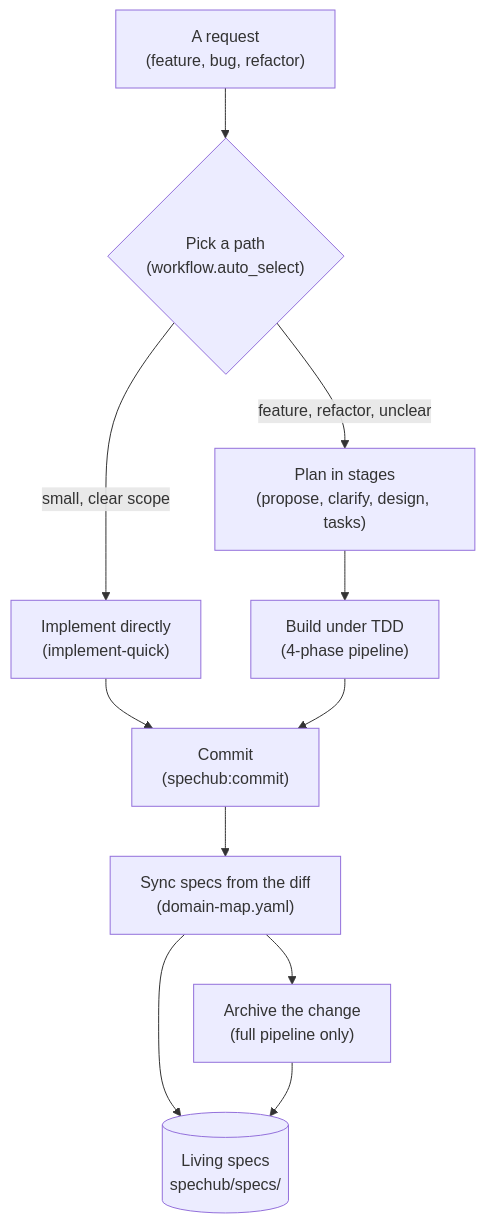
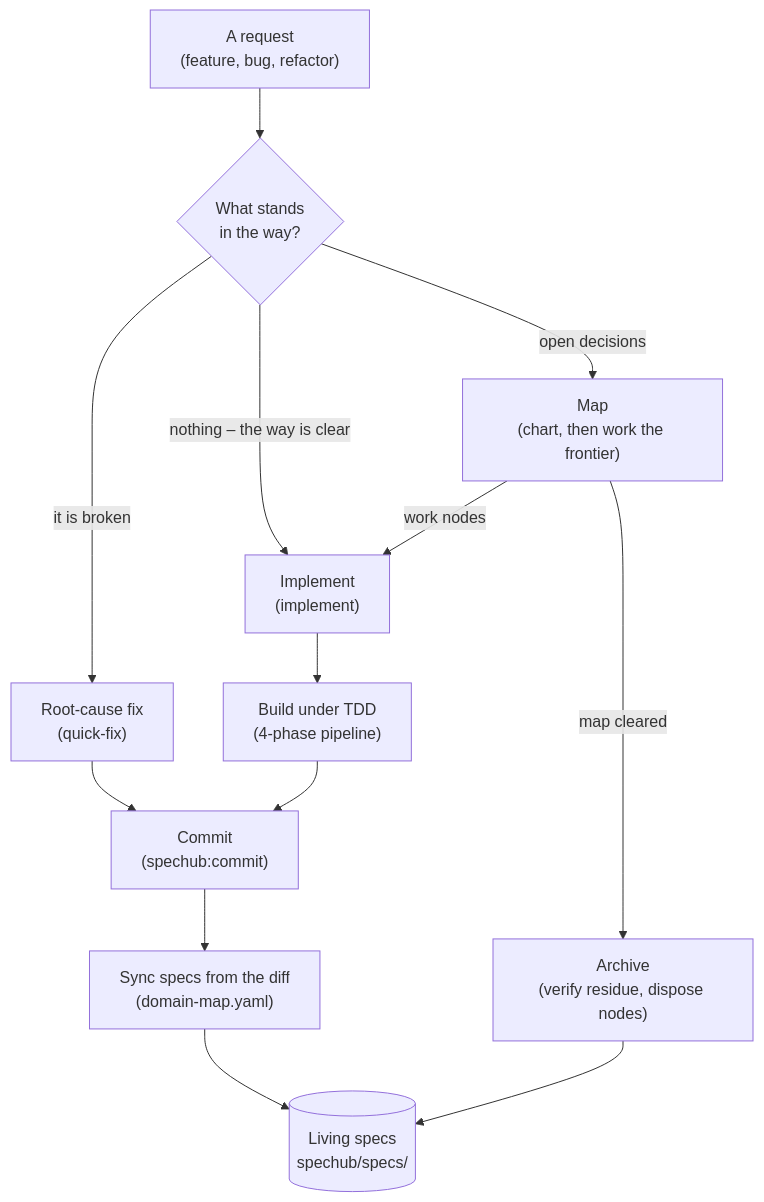
One commit to ac8318740/spechub changed the first of 2 diagrams in docs/workflows.md. Above: the diagram before and after it, drawn with Mermaid. The commit also changed other lines of this file and 29 other files, not shown here.

````diff
--- a/docs/workflows.md
+++ b/docs/workflows.md
@@ -7,13 +7,15 @@
 ```mermaid
 flowchart TD
-    R["A request<br/>(feature, bug, refactor)"] --> S{"Pick a path<br/>(workflow.auto_select)"}
-    S -->|"small, clear scope"| Q["Implement directly<br/>(implement-quick)"]
-    S -->|"feature, refactor, unclear"| P["Plan in stages<br/>(propose, clarify, design, tasks)"]
-    P --> T["Build under TDD<br/>(4-phase pipeline)"]
-    Q --> C["Commit<br/>(spechub:commit)"]
+    R["A request<br/>(feature, bug, refactor)"] --> Q{"What stands<br/>in the way?"}
+    Q -->|"nothing – the way is clear"| I["Implement<br/>(implement)"]
+    Q -->|"it is broken"| F["Root-cause fix<br/>(quick-fix)"]
+    Q -->|"open decisions"| M["Map<br/>(chart, then work the frontier)"]
+    M -->|"work nodes"| I
+    I --> T["Build under TDD<br/>(4-phase pipeline)"]
+    F --> C["Commit<br/>(spechub:commit)"]
     T --> C
     C --> Y["Sync specs from the diff<br/>(domain-map.yaml)"]
-    Y --> A["Archive the change<br/>(full pipeline only)"]
     Y --> L[("Living specs<br/>spechub/specs/")]
+    M -->|"map cleared"| A["Archive<br/>(verify residue, dispose nodes)"]
     A --> L
 ```
````
